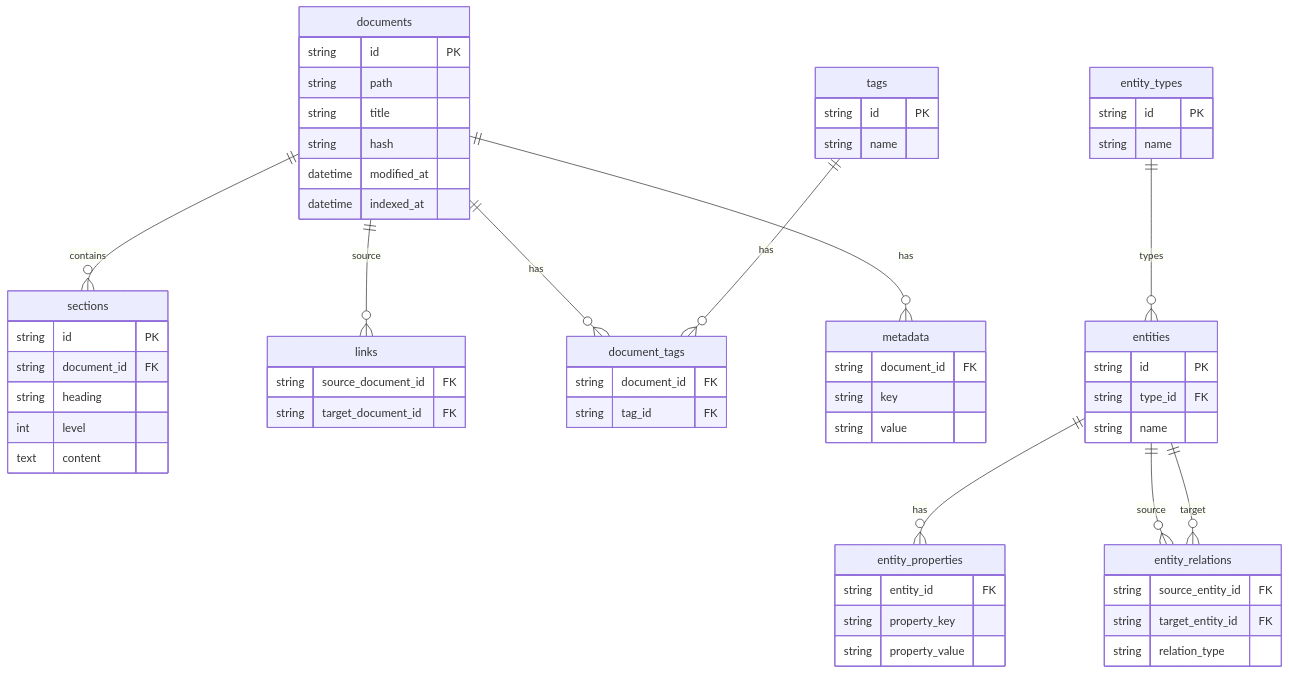
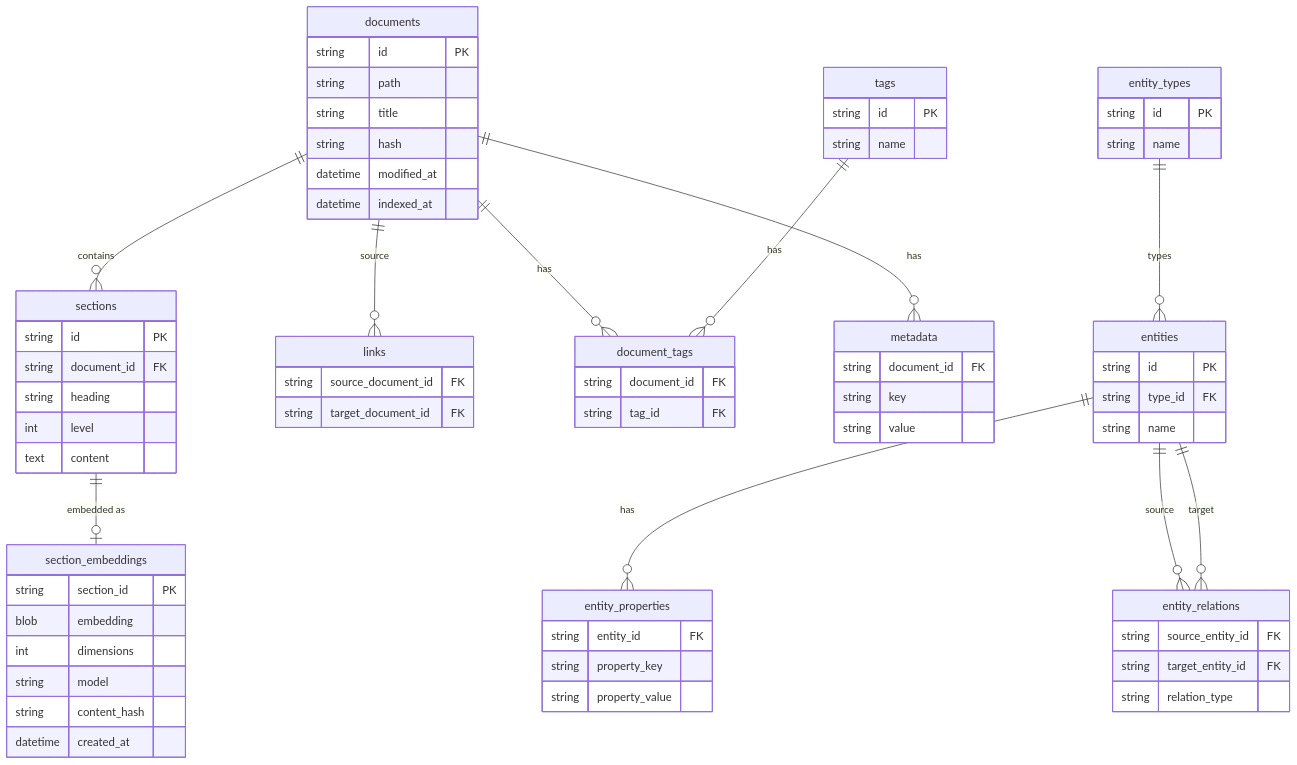
One commit to Zheng-Bote/md_indexer-searcher changed the first of 2 diagrams in README.md. Above: the diagram before and after it, drawn with Mermaid. The commit also changed other lines of this file and 8 other files, not shown here.

Commit message:
feat(ai): YAML config loading, md-api AI flags, CPU context budget and GraphRAG documentation

````diff
--- a/README.md
+++ b/README.md
@@ -18,65 +18,74 @@
 ```mermaid
 erDiagram
     documents ||--o{ sections : "contains"
+    sections ||--o| section_embeddings : "embedded as"
     documents ||--o{ links : "source"
     documents ||--o{ document_tags : "has"
     tags ||--o{ document_tags : "has"
     documents ||--o{ metadata : "has"
     
     entity_types ||--o{ entities : "types"
     entities ||--o{ entity_properties : "has"
     entities ||--o{ entity_relations : "source"
     entities ||--o{ entity_relations : "target"
 
     documents {
         string id PK
         string path
         string title
         string hash
         datetime modified_at
         datetime indexed_at
     }
     sections {
         string id PK
         string document_id FK
         string heading
         int level
         text content
+    }
+    section_embeddings {
+        string section_id PK
+        blob embedding
+        int dimensions
+        string model
+        string content_hash
+        datetime created_at
     }
     links {
         string source_document_id FK
         string target_document_id FK
     }
     tags {
         string id PK
         string name
     }
     document_tags {
         string document_id FK
         string tag_id FK
     }
     metadata {
         string document_id FK
         string key
         string value
     }
     entity_types {
         string id PK
         string name
     }
     entities {
         string id PK
         string type_id FK
         string name
     }
     entity_properties {
         string entity_id FK
         string property_key
         string property_value
     }
     entity_relations {
         string source_entity_id FK
         string target_entity_id FK
         string relation_type
     }
 ```
````
